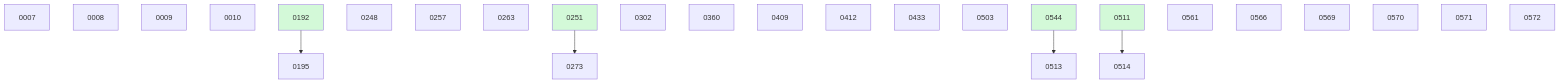
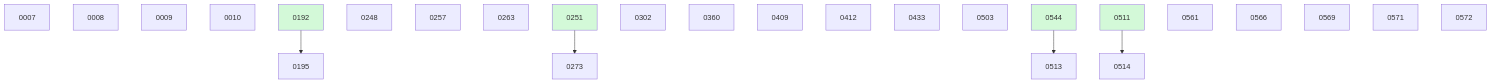
Before and after one commit to danielhanold/docket: the diagram in docs/changes/BOARD.md, drawn with Mermaid. The commit also changed other lines of this file and 4 other files, not shown here.

````diff
--- a/docs/changes/BOARD.md
+++ b/docs/changes/BOARD.md
@@ -43,31 +37,30 @@
 ```mermaid
 graph TD
   0007
   0008
   0009
   0010
   0192 --> 0195
   0248
   0257
   0263
   0251 --> 0273
   0302
   0360
   0409
   0412
   0433
   0503
   0544 --> 0513
   0511 --> 0514
   0561
   0566
   0569
-  0570
   0571
   0572
   0192:::done
   0251:::done
   0511:::done
   0544:::done
   classDef done fill:#d3f9d8;
 ```
````
